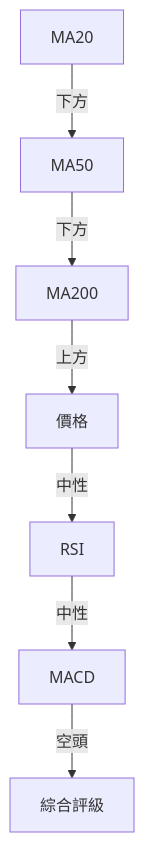
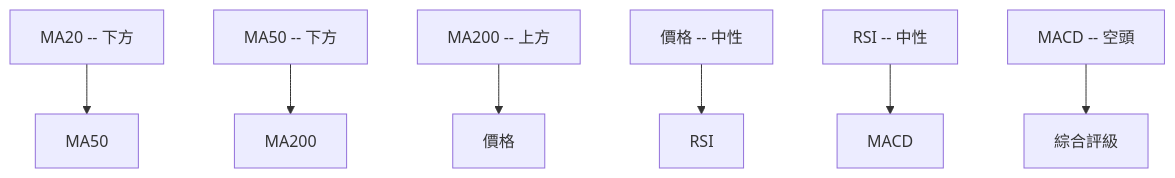
Before and after one commit to yennanliu/finance_data: the fifth of 10 diagrams in ai_gen_report/stock/2330.tw/technical_analysis_2026-04-05_openai.md, drawn with Mermaid. The commit also changed other lines of this file and 2258 other files, not shown here.

First line of the commit message:
chore: backfill Mermaid syntax repair across existing reports

````diff
--- a/ai_gen_report/stock/2330.tw/technical_analysis_2026-04-05_openai.md
+++ b/ai_gen_report/stock/2330.tw/technical_analysis_2026-04-05_openai.md
@@ -217,9 +217,9 @@
 ```mermaid
 graph TD
-    MA20 -- 下方 --> MA50
-    MA50 -- 下方 --> MA200
-    MA200 -- 上方 --> 價格
-    價格 -- 中性 --> RSI
-    RSI -- 中性 --> MACD
-    MACD -- 空頭 --> 綜合評級
+    nb1["MA20 -- 下方"] --> MA50
+    nb2["MA50 -- 下方"] --> MA200
+    nb3["MA200 -- 上方"] --> 價格
+    nb4["價格 -- 中性"] --> RSI
+    nb5["RSI -- 中性"] --> MACD
+    nb6["MACD -- 空頭"] --> 綜合評級
 ```
````
